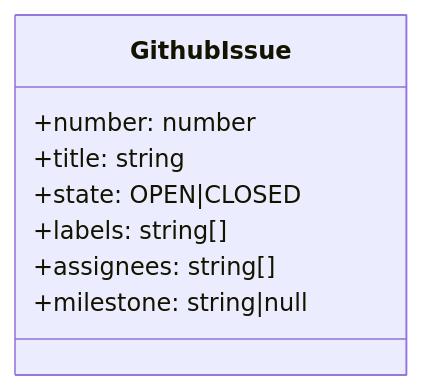
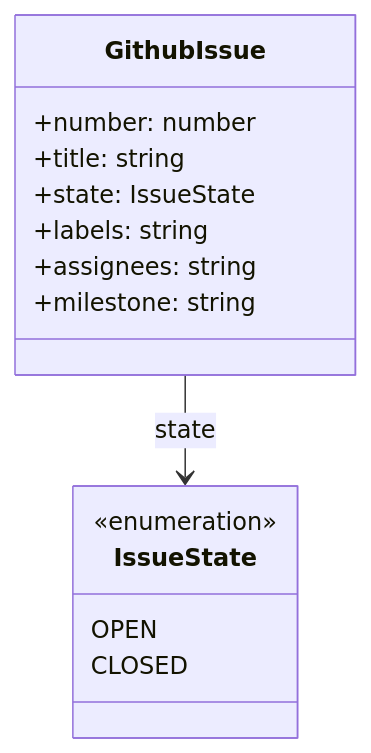
The third of 3 diagrams in .local/features/github-issues-metadata-listing.md (thebenVar/scrummer), drawn with Mermaid before and after one commit. The commit also changed other lines of this file and 12 other files, not shown here.

````diff
--- a/.local/features/github-issues-metadata-listing.md
+++ b/.local/features/github-issues-metadata-listing.md
@@ -53,11 +53,19 @@
 ```mermaid
 classDiagram
+  class IssueState {
+    <<enumeration>>
+    OPEN
+    CLOSED
+  }
+
   class GithubIssue {
     +number: number
     +title: string
-    +state: OPEN|CLOSED
-    +labels: string[]
-    +assignees: string[]
-    +milestone: string|null
+    +state: IssueState
+    +labels: string
+    +assignees: string
+    +milestone: string
   }
+
+  GithubIssue --> IssueState : state
 ```
````
